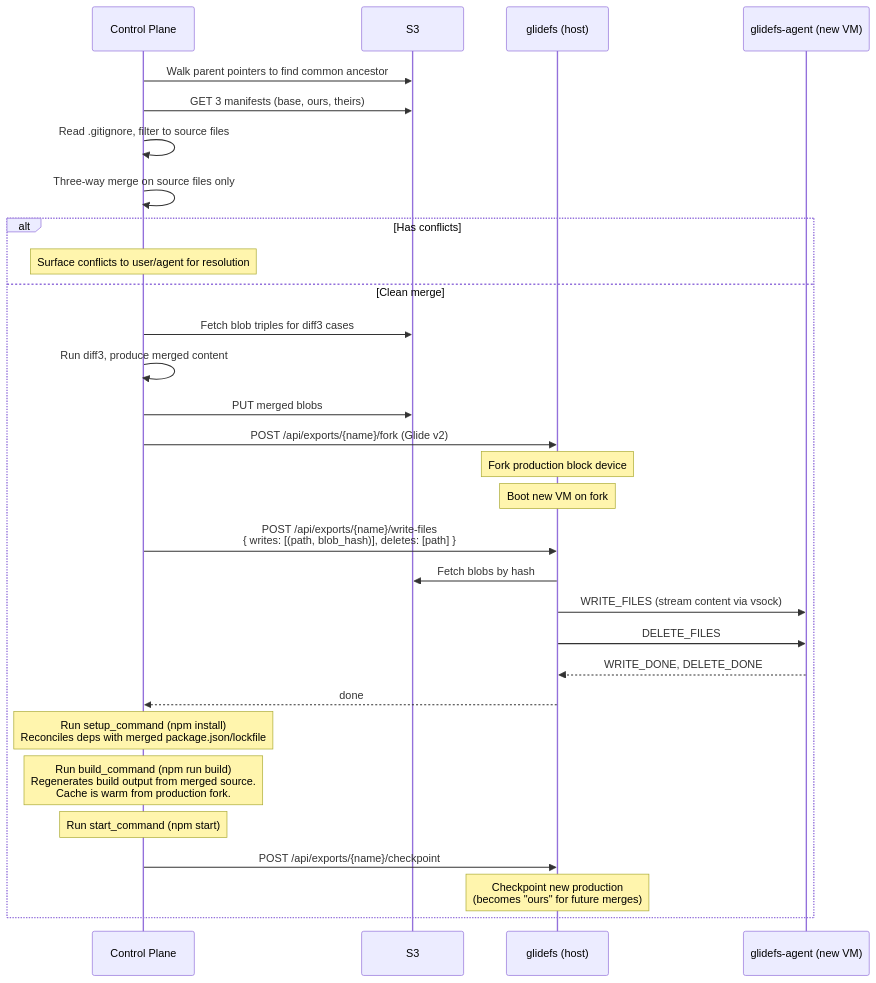
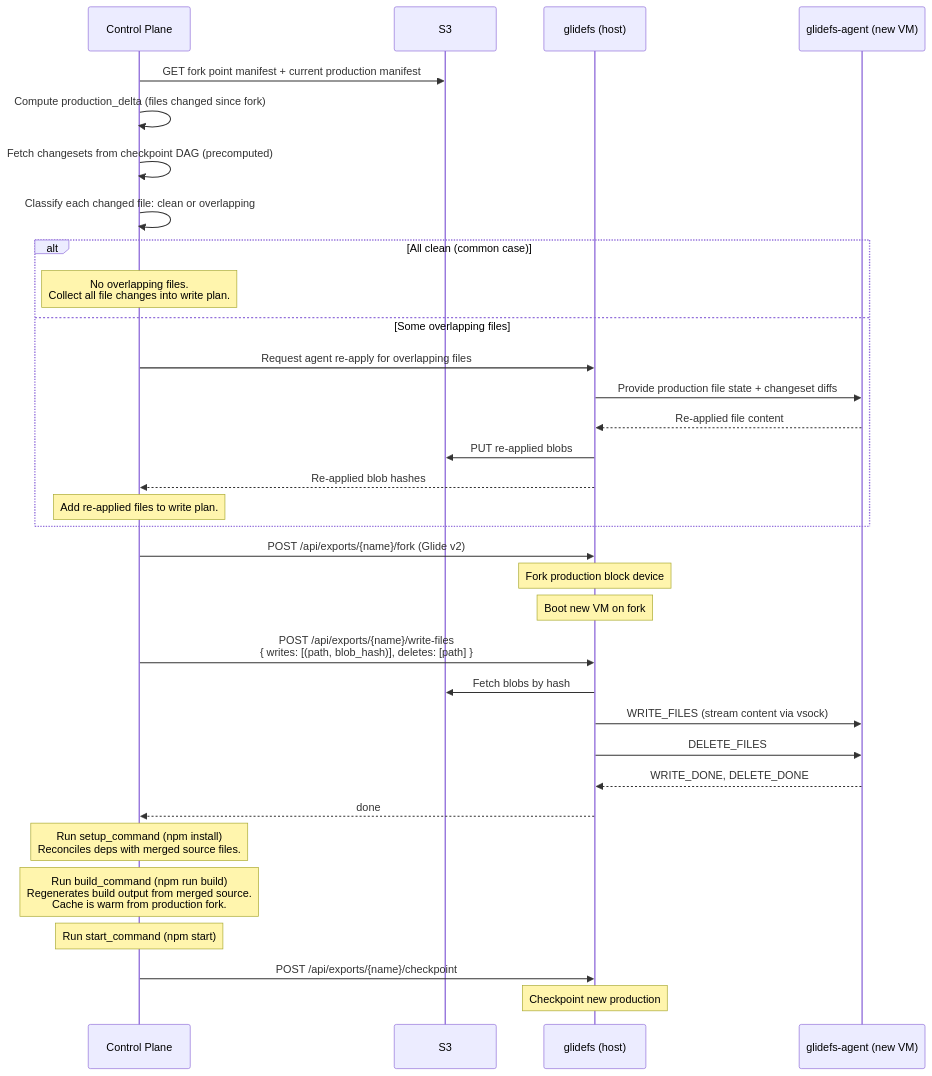
The second of 2 diagrams in CHECKPOINT.md (paraglidehq/glidefs), drawn with Mermaid before and after one commit. The commit also changed other lines of this file, not shown here.

````diff
--- a/CHECKPOINT.md
+++ b/CHECKPOINT.md
@@ -777,42 +755,44 @@
 ```mermaid
 sequenceDiagram
     participant CP as Control Plane
     participant S3 as S3
     participant GFS as glidefs (host)
     participant AGT as glidefs-agent (new VM)
 
-    CP->>S3: Walk parent pointers to find common ancestor
+    CP->>S3: GET fork point manifest + current production manifest
+    CP->>CP: Compute production_delta (files changed since fork)
 
-    CP->>S3: GET 3 manifests (base, ours, theirs)
-    CP->>CP: Read .gitignore, filter to source files
-    CP->>CP: Three-way merge on source files only
+    CP->>CP: Fetch changesets from checkpoint DAG (precomputed)
+    CP->>CP: Classify each changed file: clean or overlapping
 
-    alt Has conflicts
-        Note over CP: Surface conflicts to user/agent for resolution
-    else Clean merge
-        CP->>S3: Fetch blob triples for diff3 cases
-        CP->>CP: Run diff3, produce merged content
-        CP->>S3: PUT merged blobs
+    alt All clean (common case)
+        Note over CP: No overlapping files.<br/>Collect all file changes into write plan.
+    else Some overlapping files
+        CP->>GFS: Request agent re-apply for overlapping files
+        GFS->>AGT: Provide production file state + changeset diffs
+        AGT-->>GFS: Re-applied file content
+        GFS->>S3: PUT re-applied blobs
+        GFS-->>CP: Re-applied blob hashes
+        Note over CP: Add re-applied files to write plan.
+    end
 
-        CP->>GFS: POST /api/exports/{name}/fork (Glide v2)
-        Note over GFS: Fork production block device
+    CP->>GFS: POST /api/exports/{name}/fork (Glide v2)
+    Note over GFS: Fork production block device
+    Note over GFS: Boot new VM on fork
 
-        Note over GFS: Boot new VM on fork
+    CP->>GFS: POST /api/exports/{name}/write-files<br/>{ writes: [(path, blob_hash)], deletes: [path] }
+    GFS->>S3: Fetch blobs by hash
+    GFS->>AGT: WRITE_FILES (stream content via vsock)
+    GFS->>AGT: DELETE_FILES
+    AGT-->>GFS: WRITE_DONE, DELETE_DONE
+    GFS-->>CP: done
 
-        CP->>GFS: POST /api/exports/{name}/write-files<br/>{ writes: [(path, blob_hash)], deletes: [path] }
-        GFS->>S3: Fetch blobs by hash
-        GFS->>AGT: WRITE_FILES (stream content via vsock)
-        GFS->>AGT: DELETE_FILES
-        AGT-->>GFS: WRITE_DONE, DELETE_DONE
-        GFS-->>CP: done
+    Note over CP: Run setup_command (npm install)<br/>Reconciles deps with merged source files.
 
-        Note over CP: Run setup_command (npm install)<br/>Reconciles deps with merged package.json/lockfile
+    Note over CP: Run build_command (npm run build)<br/>Regenerates build output from merged source.<br/>Cache is warm from production fork.
 
-        Note over CP: Run build_command (npm run build)<br/>Regenerates build output from merged source.<br/>Cache is warm from production fork.
+    Note over CP: Run start_command (npm start)
 
-        Note over CP: Run start_command (npm start)
-
-        CP->>GFS: POST /api/exports/{name}/checkpoint
-        Note over GFS: Checkpoint new production<br/>(becomes "ours" for future merges)
-    end
+    CP->>GFS: POST /api/exports/{name}/checkpoint
+    Note over GFS: Checkpoint new production
 ```
````
